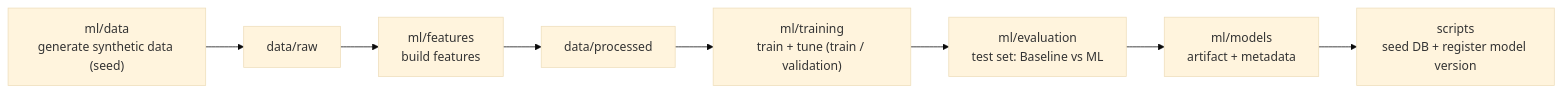
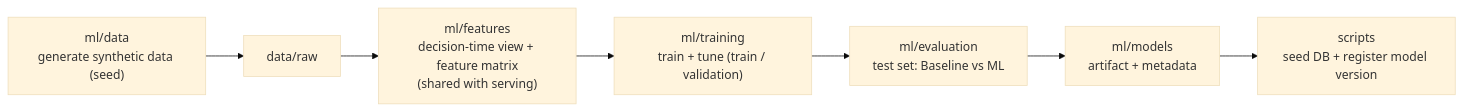
Before and after one commit to iamnmquang/SmartMatchAI: the second of 5 diagrams in docs/architecture.md, drawn with Mermaid (base theme). The commit also changed other lines of this file and 21 other files, not shown here.

````diff
--- a/docs/architecture.md
+++ b/docs/architecture.md
@@ -90,10 +90,9 @@
 ```mermaid
 flowchart LR
     A["ml/data<br/>generate synthetic data (seed)"] --> B["data/raw"]
-    B --> C["ml/features<br/>build features"]
-    C --> D["data/processed"]
-    D --> E["ml/training<br/>train + tune (train / validation)"]
+    B --> C["ml/features<br/>decision-time view + feature matrix<br/>(shared with serving)"]
+    C --> E["ml/training<br/>train + tune (train / validation)"]
     E --> F["ml/evaluation<br/>test set: Baseline vs ML"]
     F --> G["ml/models<br/>artifact + metadata"]
     G --> H["scripts<br/>seed DB + register model version"]
 ```
````
